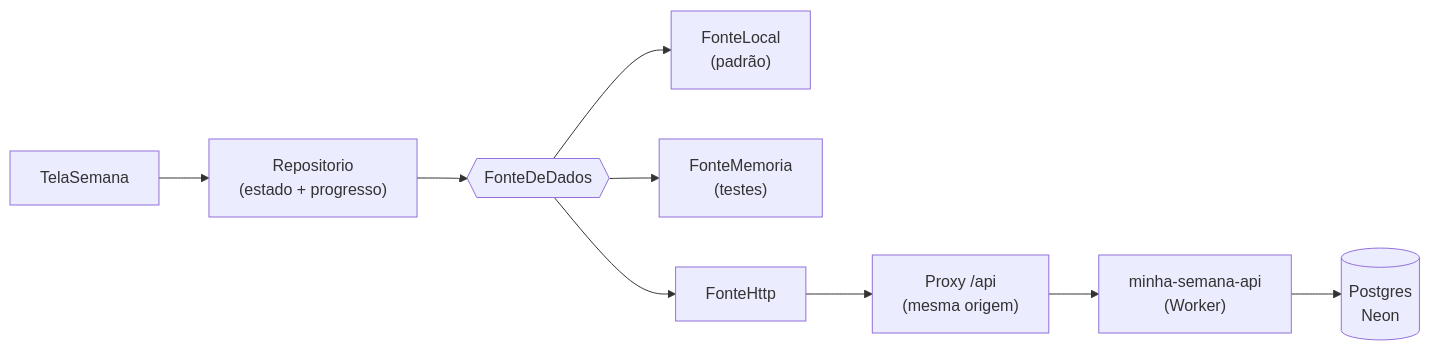
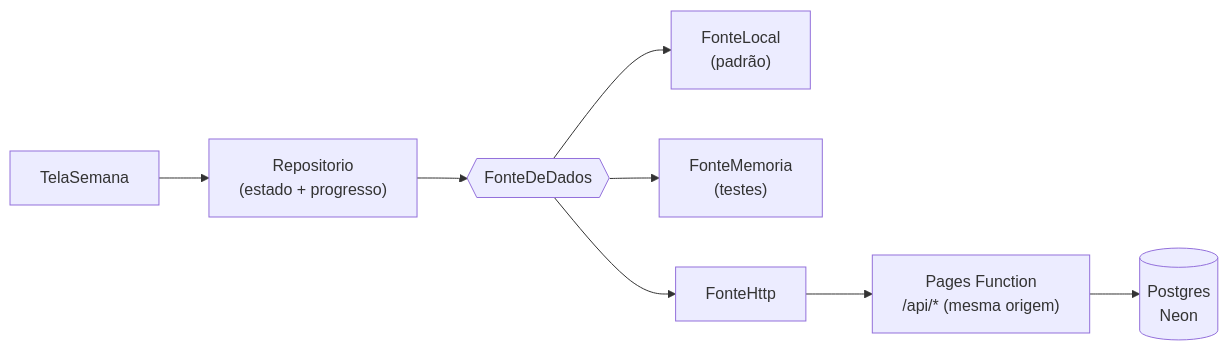
Before and after one commit to duduyamauchi/minha-semana: the diagram in README.md, drawn with Mermaid. The commit also changed other lines of this file and 26 other files, not shown here.

````diff
--- a/README.md
+++ b/README.md
@@ -58,18 +58,17 @@
 ```mermaid
 flowchart LR
   T["TelaSemana"]
   R["Repositorio<br/>(estado + progresso)"]
   F{{"FonteDeDados"}}
   L["FonteLocal<br/>(padrão)"]
   M["FonteMemoria<br/>(testes)"]
   H["FonteHttp"]
-  P["Proxy /api<br/>(mesma origem)"]
-  W["minha-semana-api<br/>(Worker)"]
+  P["Pages Function<br/>/api/* (mesma origem)"]
   N[("Postgres<br/>Neon")]
 
   T --> R --> F
   F --> L
   F --> M
   F --> H
-  H --> P --> W --> N
+  H --> P --> N
 ```
````
